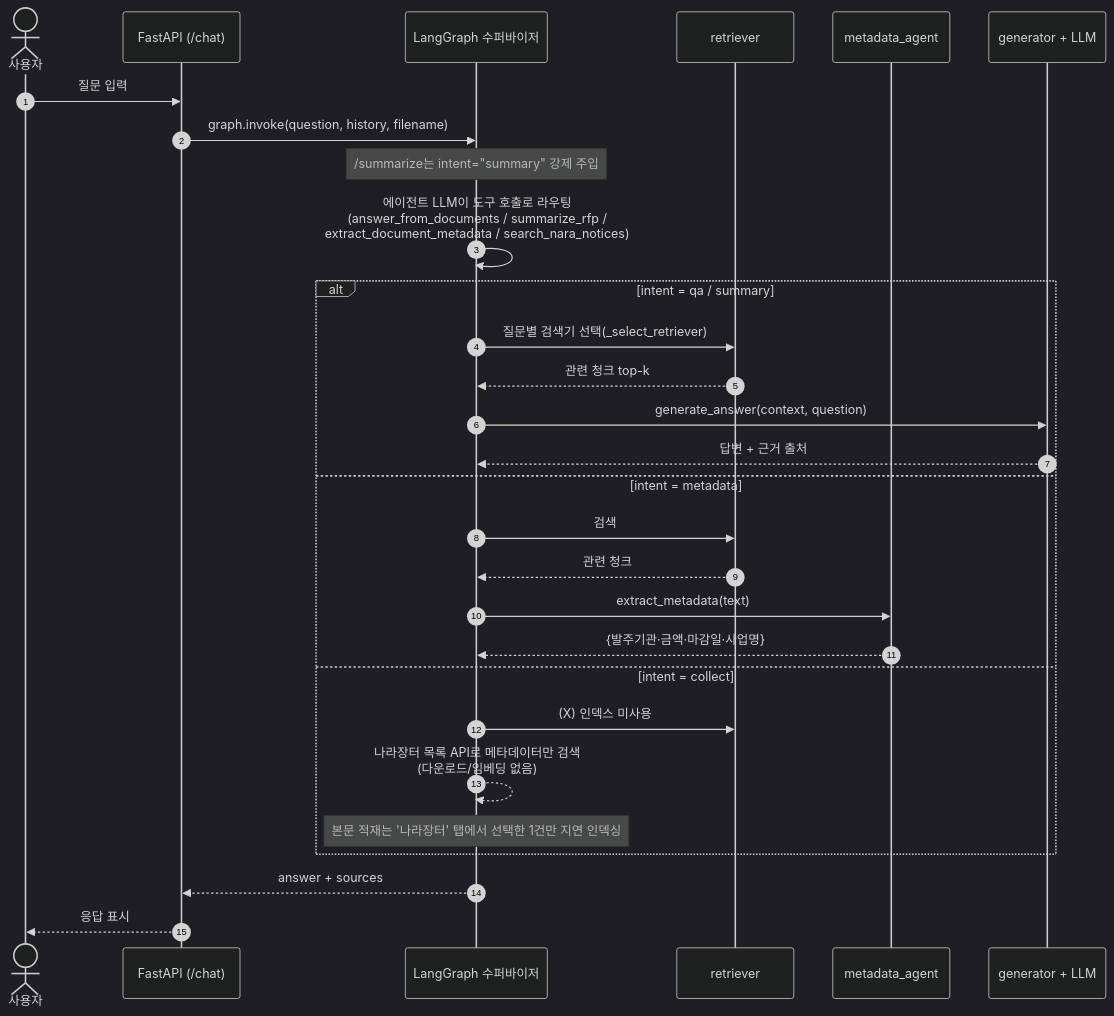
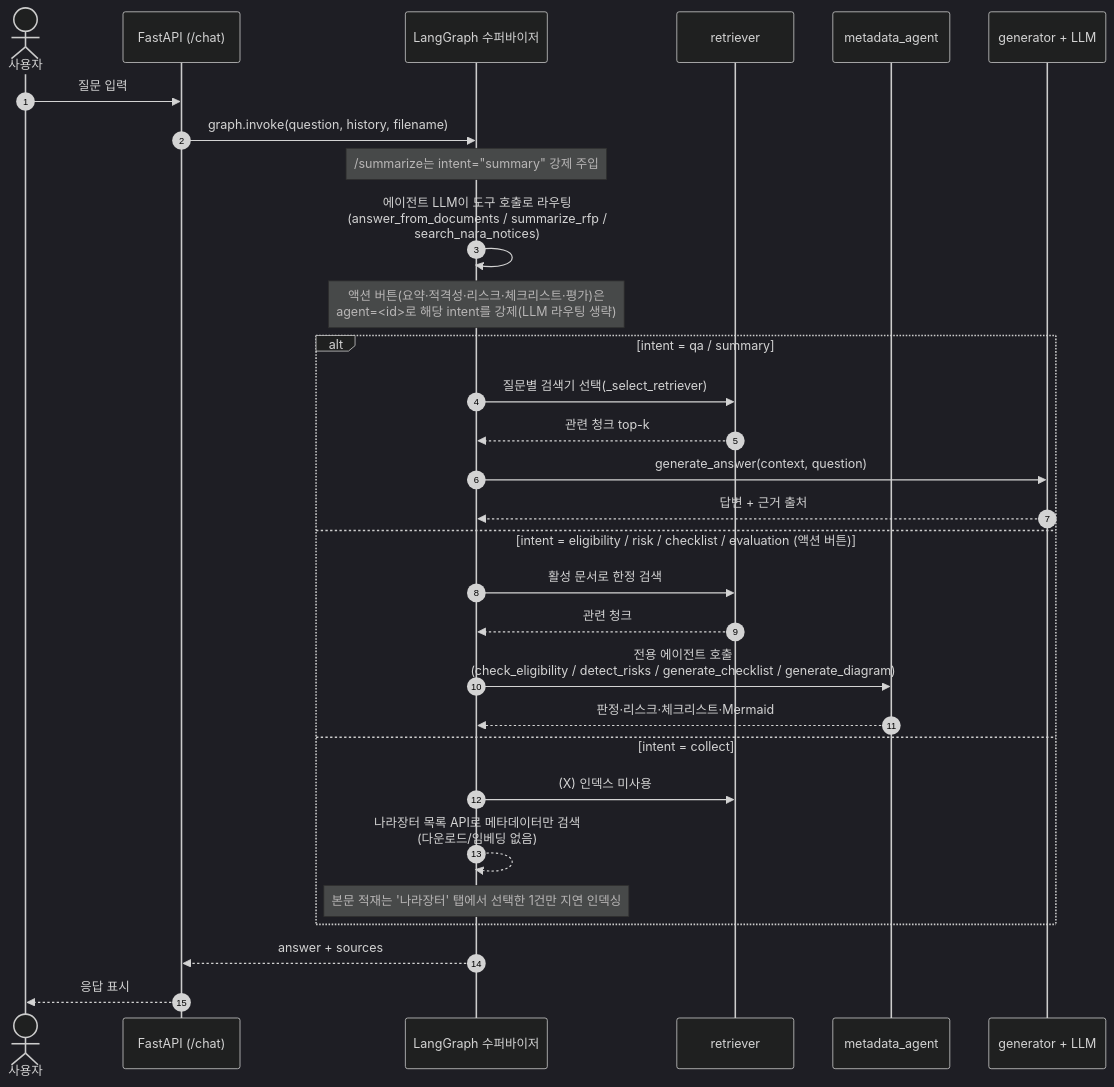
Before and after one commit to eunnamahn/bidmate-rfp-rag: the second of 3 diagrams in ARCHITECTURE.md, drawn with Mermaid (dark theme). The commit also changed other lines of this file, not shown here.

First line of the commit message:
docs: 아키텍처 최신화 — LLM/임베딩 모델 로딩 경로 + 분석 에이전트 5종 상세

````diff
--- a/ARCHITECTURE.md
+++ b/ARCHITECTURE.md
@@ -72,34 +88,35 @@
 ```mermaid
 sequenceDiagram
     autonumber
     actor U as 사용자
     participant API as FastAPI (/chat)
     participant G as LangGraph 수퍼바이저
     participant R as retriever
     participant MA as metadata_agent
     participant GEN as generator + LLM
 
     U->>API: 질문 입력
     API->>G: graph.invoke(question, history, filename)
     Note over G: /summarize는 intent="summary" 강제 주입
-    G->>G: 에이전트 LLM이 도구 호출로 라우팅<br/>(answer_from_documents / summarize_rfp /<br/>extract_document_metadata / search_nara_notices)
+    G->>G: 에이전트 LLM이 도구 호출로 라우팅<br/>(answer_from_documents / summarize_rfp /<br/>search_nara_notices)
+    Note over G: 액션 버튼(요약·적격성·리스크·체크리스트·평가)은<br/>agent=<id>로 해당 intent를 강제(LLM 라우팅 생략)
 
     alt intent = qa / summary
         G->>R: 질문별 검색기 선택(_select_retriever)
         R-->>G: 관련 청크 top-k
         G->>GEN: generate_answer(context, question)
         GEN-->>G: 답변 + 근거 출처
-    else intent = metadata
-        G->>R: 검색
+    else intent = eligibility / risk / checklist / evaluation (액션 버튼)
+        G->>R: 활성 문서로 한정 검색
         R-->>G: 관련 청크
-        G->>MA: extract_metadata(text)
-        MA-->>G: {발주기관·금액·마감일·사업명}
+        G->>MA: 전용 에이전트 호출<br/>(check_eligibility / detect_risks / generate_checklist / generate_diagram)
+        MA-->>G: 판정·리스크·체크리스트·Mermaid
     else intent = collect
         G->>R: (X) 인덱스 미사용
         G-->>G: 나라장터 목록 API로 메타데이터만 검색<br/>(다운로드/임베딩 없음)
         Note over G: 본문 적재는 '나라장터' 탭에서 선택한 1건만 지연 인덱싱
     end
 
     G-->>API: answer + sources
     API-->>U: 응답 표시
 ```
````
